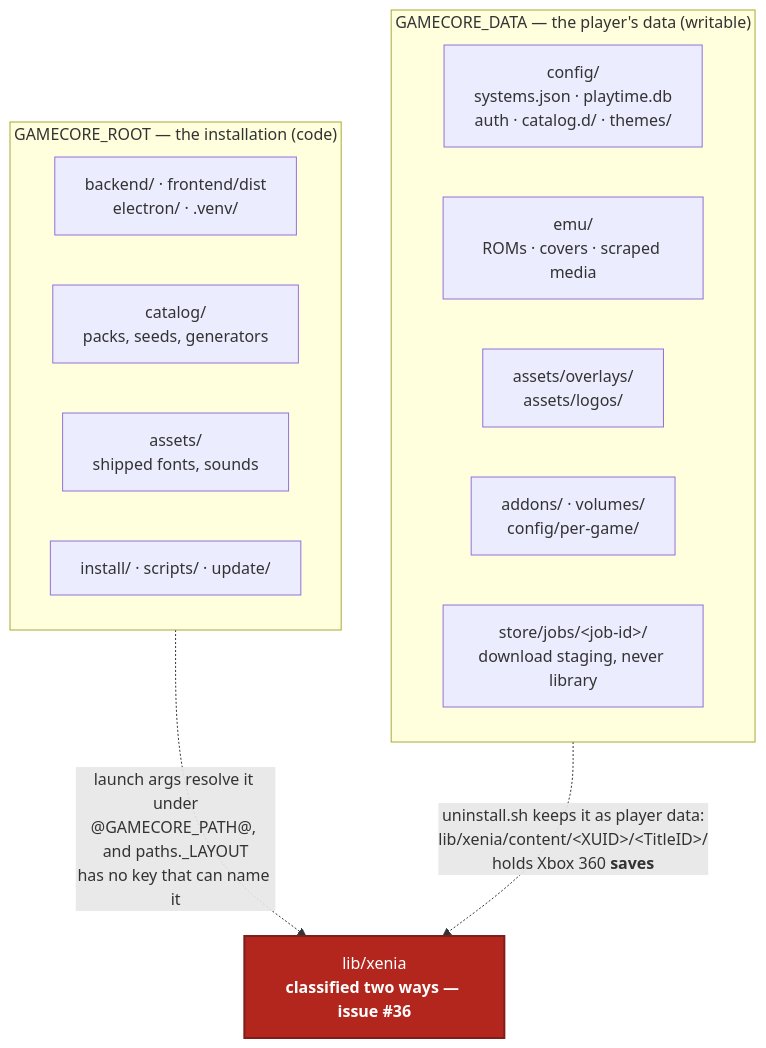
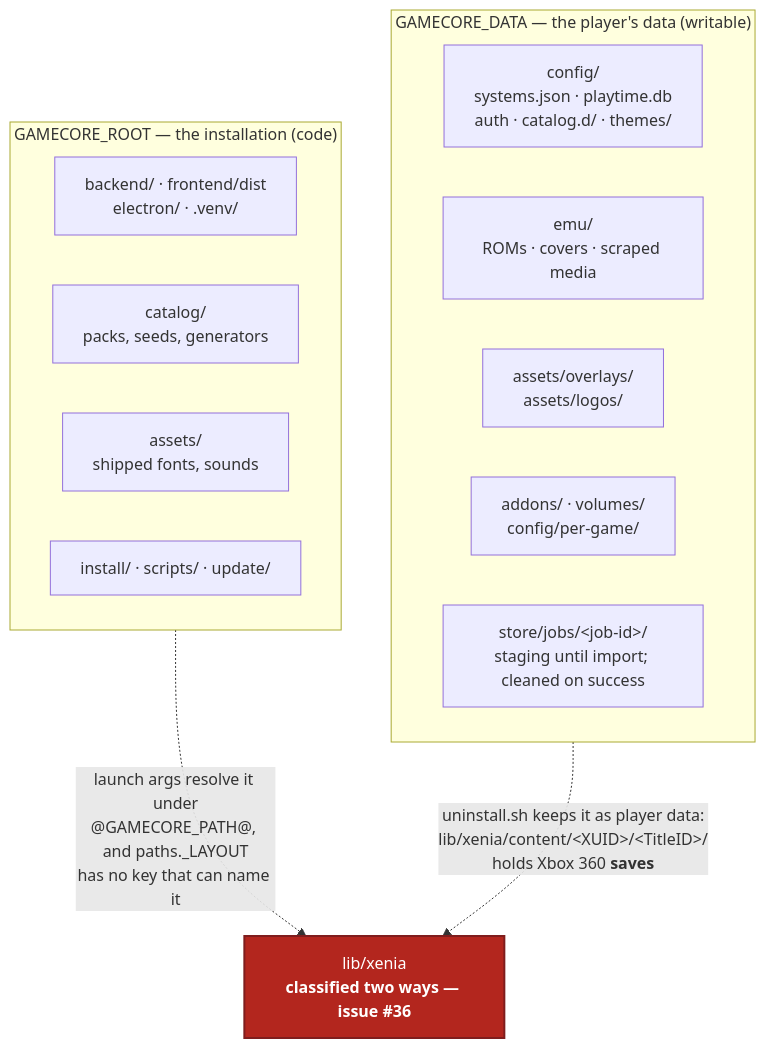
One commit to p4v1c/GamecoreRenew changed the diagram in docs/architecture/07-config-and-data.md. Above: the diagram before and after it, drawn with Mermaid. The commit also changed other lines of this file and 14 other files, not shown here.

Commit message:
feat(store): import a validated download into the library

````diff
--- a/docs/architecture/07-config-and-data.md
+++ b/docs/architecture/07-config-and-data.md
@@ -40,26 +40,26 @@
 ```mermaid
 flowchart TB
     subgraph ROOT["GAMECORE_ROOT — the installation (code)"]
         direction LR
         r1["backend/ · frontend/dist<br/>electron/ · .venv/"]
         r2["catalog/<br/>packs, seeds, generators"]
         r3["assets/<br/>shipped fonts, sounds"]
         r4["install/ · scripts/ · update/"]
     end
 
     subgraph DATA["GAMECORE_DATA — the player's data (writable)"]
         direction LR
         d1["config/<br/>systems.json · playtime.db<br/>auth · catalog.d/ · themes/"]
         d2["emu/<br/>ROMs · covers · scraped media"]
         d3["assets/overlays/<br/>assets/logos/"]
         d4["addons/ · volumes/<br/>config/per-game/"]
-        d5["store/jobs/&lt;job-id&gt;/<br/>download staging, never library"]
+        d5["store/jobs/&lt;job-id&gt;/<br/>staging until import; cleaned on success"]
     end
 
     AMB["lib/xenia<br/><b>classified two ways — issue #36</b>"]
 
     ROOT -.->|"launch args resolve it under<br/>@GAMECORE_PATH@, and paths._LAYOUT<br/>has no key that can name it"| AMB
     DATA -.->|"uninstall.sh keeps it as player data:<br/>lib/xenia/content/&lt;XUID&gt;/&lt;TitleID&gt;/<br/>holds Xbox 360 <b>saves</b>"| AMB
 
     style AMB fill:#b3261e,color:#fff,stroke:#7f1d1d,stroke-width:2px
 ```
````
